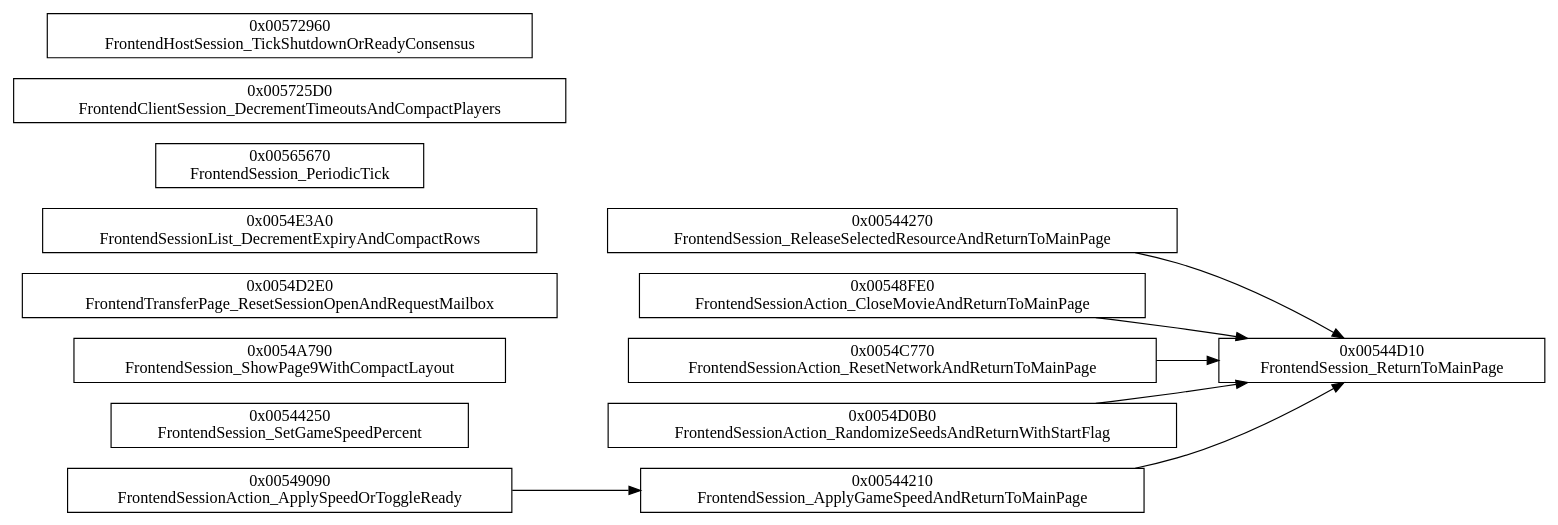
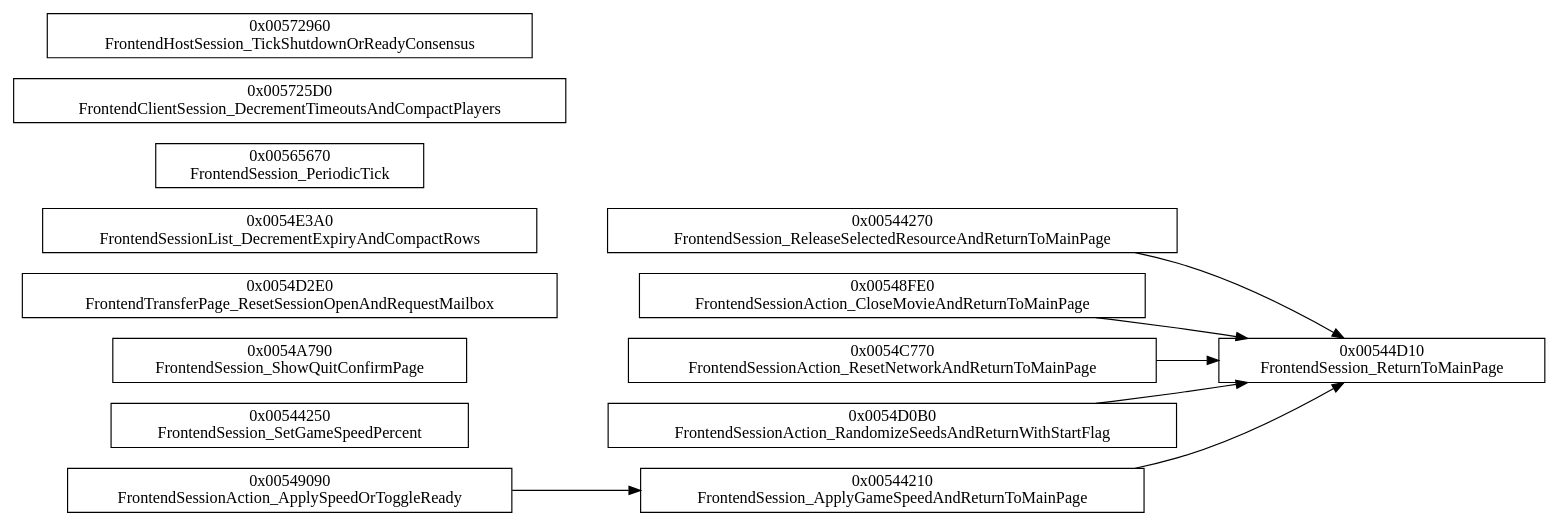
Before and after one commit to idkFoxes/open-thandor: the diagram in docs/callgraphs/ui/frontend/session.dot, drawn with Graphviz. The commit also changed 34 other files, not shown here.

```diff
--- a/docs/callgraphs/ui/frontend/session.dot
+++ b/docs/callgraphs/ui/frontend/session.dot
@@ -1,24 +1,24 @@
 digraph thandor {
   rankdir=LR;
   node [shape=box];
   "FrontendSession_ReleaseSelectedResourceAndReturnToMainPage" [label="0x00544270\nFrontendSession_ReleaseSelectedResourceAndReturnToMainPage"];
   "FrontendSessionAction_CloseMovieAndReturnToMainPage" [label="0x00548FE0\nFrontendSessionAction_CloseMovieAndReturnToMainPage"];
   "FrontendSessionAction_ApplySpeedOrToggleReady" [label="0x00549090\nFrontendSessionAction_ApplySpeedOrToggleReady"];
   "FrontendSessionAction_ResetNetworkAndReturnToMainPage" [label="0x0054C770\nFrontendSessionAction_ResetNetworkAndReturnToMainPage"];
   "FrontendSessionAction_RandomizeSeedsAndReturnWithStartFlag" [label="0x0054D0B0\nFrontendSessionAction_RandomizeSeedsAndReturnWithStartFlag"];
   "FrontendSession_SetGameSpeedPercent" [label="0x00544250\nFrontendSession_SetGameSpeedPercent"];
-  "FrontendSession_ShowPage9WithCompactLayout" [label="0x0054A790\nFrontendSession_ShowPage9WithCompactLayout"];
+  "FrontendSession_ShowQuitConfirmPage" [label="0x0054A790\nFrontendSession_ShowQuitConfirmPage"];
   "FrontendTransferPage_ResetSessionOpenAndRequestMailbox" [label="0x0054D2E0\nFrontendTransferPage_ResetSessionOpenAndRequestMailbox"];
   "FrontendSessionList_DecrementExpiryAndCompactRows" [label="0x0054E3A0\nFrontendSessionList_DecrementExpiryAndCompactRows"];
   "FrontendSession_PeriodicTick" [label="0x00565670\nFrontendSession_PeriodicTick"];
   "FrontendClientSession_DecrementTimeoutsAndCompactPlayers" [label="0x005725D0\nFrontendClientSession_DecrementTimeoutsAndCompactPlayers"];
   "FrontendHostSession_TickShutdownOrReadyConsensus" [label="0x00572960\nFrontendHostSession_TickShutdownOrReadyConsensus"];
   "FrontendSession_ApplyGameSpeedAndReturnToMainPage" [label="0x00544210\nFrontendSession_ApplyGameSpeedAndReturnToMainPage"];
   "FrontendSession_ReturnToMainPage" [label="0x00544D10\nFrontendSession_ReturnToMainPage"];
   "FrontendSession_ReleaseSelectedResourceAndReturnToMainPage" -> "FrontendSession_ReturnToMainPage";
   "FrontendSessionAction_CloseMovieAndReturnToMainPage" -> "FrontendSession_ReturnToMainPage";
   "FrontendSessionAction_ApplySpeedOrToggleReady" -> "FrontendSession_ApplyGameSpeedAndReturnToMainPage";
   "FrontendSessionAction_ResetNetworkAndReturnToMainPage" -> "FrontendSession_ReturnToMainPage";
   "FrontendSessionAction_RandomizeSeedsAndReturnWithStartFlag" -> "FrontendSession_ReturnToMainPage";
   "FrontendSession_ApplyGameSpeedAndReturnToMainPage" -> "FrontendSession_ReturnToMainPage";
 }
```
